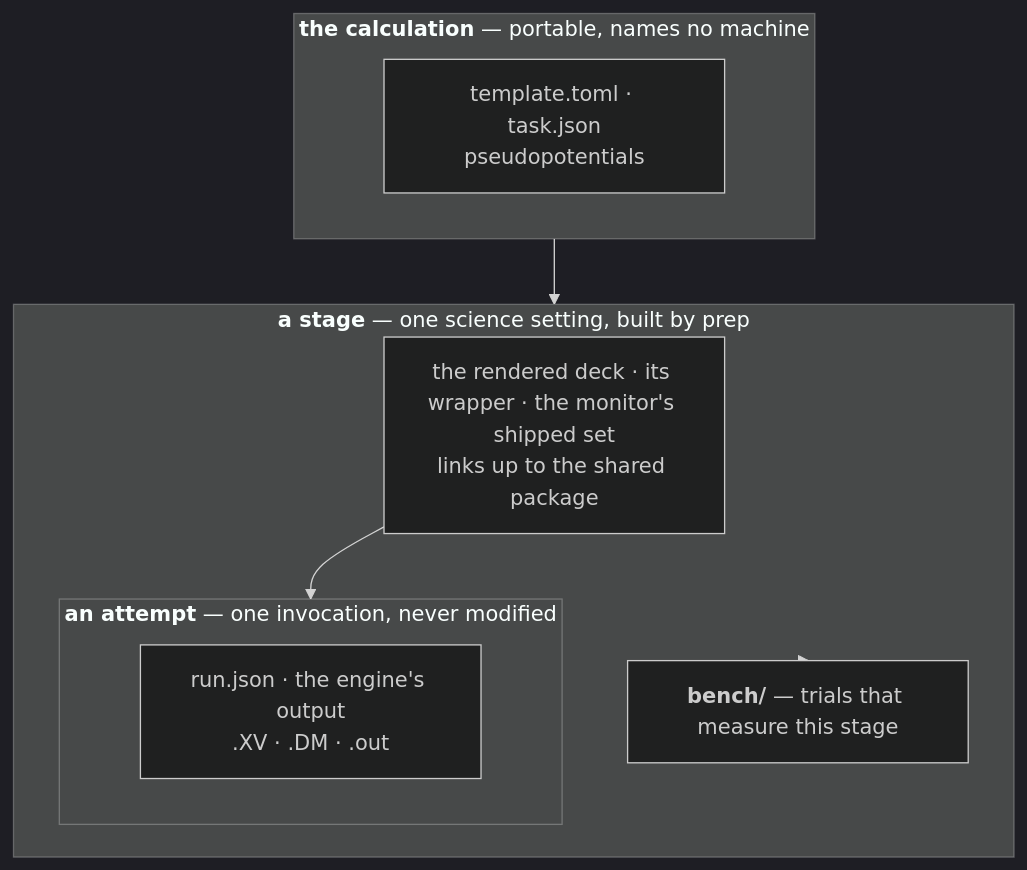
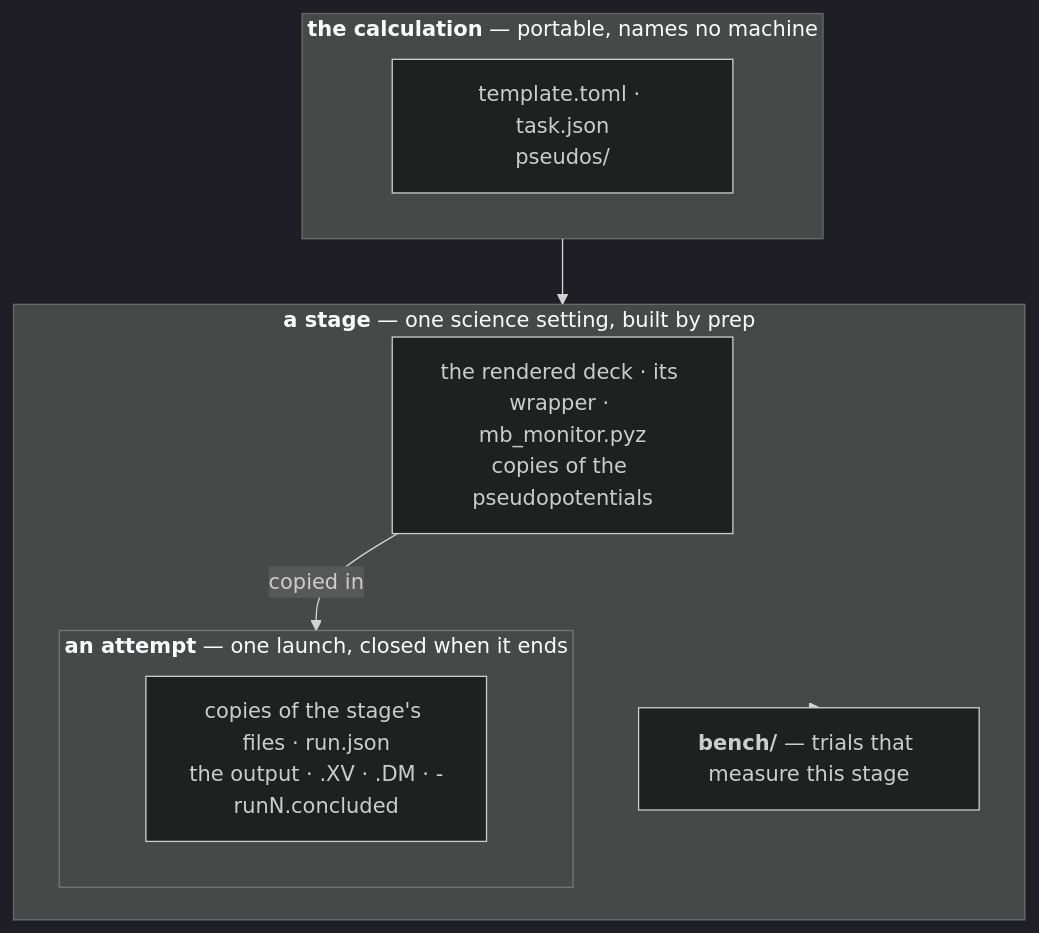
The third of 10 diagrams in docs/execution/project-layout.md (Qing-LAB/molbuilder), drawn with Mermaid (dark theme) before and after one commit. The commit also changed other lines of this file and 16 other files, not shown here.

````diff
--- a/docs/execution/project-layout.md
+++ b/docs/execution/project-layout.md
@@ -326,16 +337,16 @@
 ```mermaid
 flowchart TB
     subgraph CALC["<b>the calculation</b> — portable, names no machine"]
-      T["template.toml · task.json<br/>pseudopotentials"]
+      T["template.toml · task.json<br/>pseudos/"]
     end
     subgraph ST["<b>a stage</b> — one science setting, built by prep"]
-      D["the rendered deck · its wrapper · the monitor's shipped set<br/>links up to the shared package"]
-      subgraph AT["<b>an attempt</b> — one invocation, never modified"]
-        O["run.json · the engine's output<br/>.XV · .DM · .out"]
+      D["the rendered deck · its wrapper · mb_monitor.pyz<br/>copies of the pseudopotentials"]
+      subgraph AT["<b>an attempt</b> — one launch, closed when it ends"]
+        O["copies of the stage's files · run.json<br/>the output · .XV · .DM · -runN.concluded"]
       end
       BN["<b>bench/</b> — trials that measure this stage"]
     end
     CALC --> ST
-    D --> AT
+    D -->|"copied in"| AT
     ST -.-> BN
 ```
````
